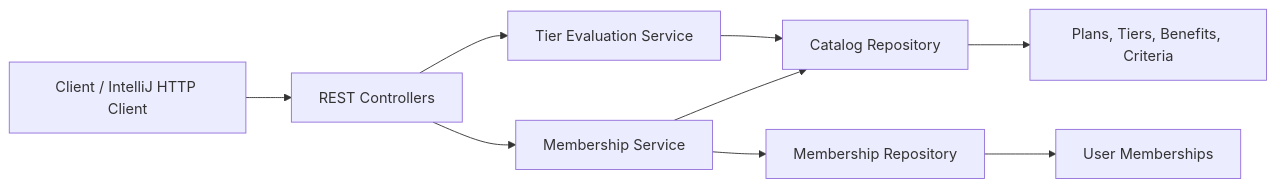
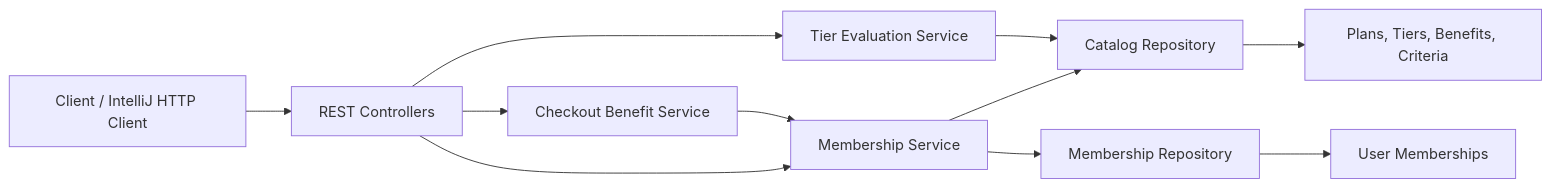
Before and after one commit to sandyxyz/firstclub-membership: the diagram in README.md, drawn with Mermaid. The commit also changed other lines of this file and 17 other files, not shown here.

Commit message:
Complete configurable membership and checkout workflows

````diff
--- a/README.md
+++ b/README.md
@@ -39,11 +43,13 @@
 ```mermaid
 flowchart LR
     Client["Client / IntelliJ HTTP Client"] --> Web["REST Controllers"]
     Web --> MembershipService["Membership Service"]
     Web --> TierService["Tier Evaluation Service"]
+    Web --> CheckoutService["Checkout Benefit Service"]
     MembershipService --> CatalogRepo["Catalog Repository"]
     MembershipService --> MembershipRepo["Membership Repository"]
     TierService --> CatalogRepo
+    CheckoutService --> MembershipService
     CatalogRepo --> Catalog["Plans, Tiers, Benefits, Criteria"]
     MembershipRepo --> Memberships["User Memberships"]
 ```
````
